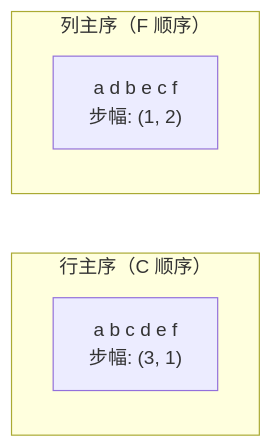
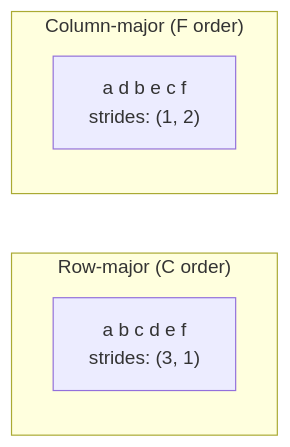
One commit to xiaojiaenen/ai-engineering-from-scratch-zh changed the third of 4 diagrams in i18n/zh/phases/01-math-foundations/12-tensor-operations/docs/zh.md. Above: the diagram before and after it, drawn with Mermaid. The commit also changed other lines of this file and 22 other files, not shown here.

````diff
--- a/i18n/zh/phases/01-math-foundations/12-tensor-operations/docs/zh.md
+++ b/i18n/zh/phases/01-math-foundations/12-tensor-operations/docs/zh.md
@@ -67,9 +67,9 @@
 ```mermaid
 graph LR
-    subgraph "行主序（C 顺序）"
-        R["a b c d e f<br/>步幅: (3, 1)"]
+    subgraph "Row-major (C order)"
+        R["a b c d e f<br/>strides: (3, 1)"]
     end
-    subgraph "列主序（F 顺序）"
-        C["a d b e c f<br/>步幅: (1, 2)"]
+    subgraph "Column-major (F order)"
+        C["a d b e c f<br/>strides: (1, 2)"]
     end
 ```
````
